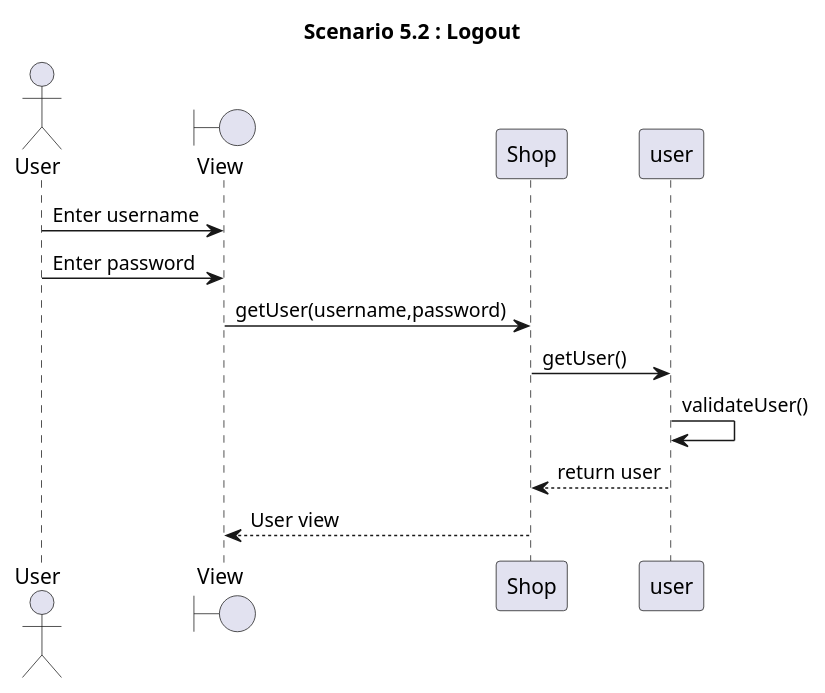
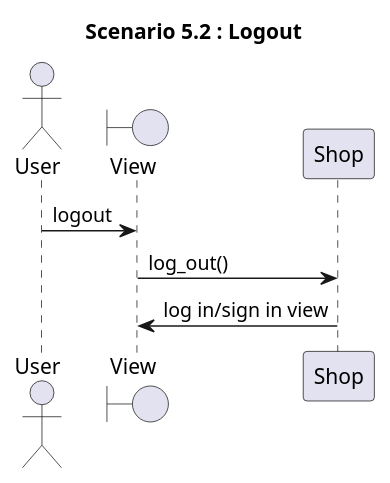
Diagram 17 of 32 in Deliverables/DesignDocument.md (zitabou/EZShop), drawn with PlantUML before and after one commit.

Commit message:
add: scenario 5.2

````diff
--- a/Deliverables/DesignDocument.md
+++ b/Deliverables/DesignDocument.md
@@ -549,18 +550,15 @@
 ```plantuml
 
 title 
 **Scenario 5.2** : Logout
 end title
 
 actor User
 Boundary View
-User -> View: Enter username
-User -> View: Enter password
-View -> Shop:getUser(username,password)
-Shop -> user: getUser()
-user -> user: validateUser()
-user --> Shop: return user
-Shop --> View: User view
+User -> View: logout
+View -> Shop:log_out()
+Shop -> View: log in/sign in view
+
 
 
 ```
````
